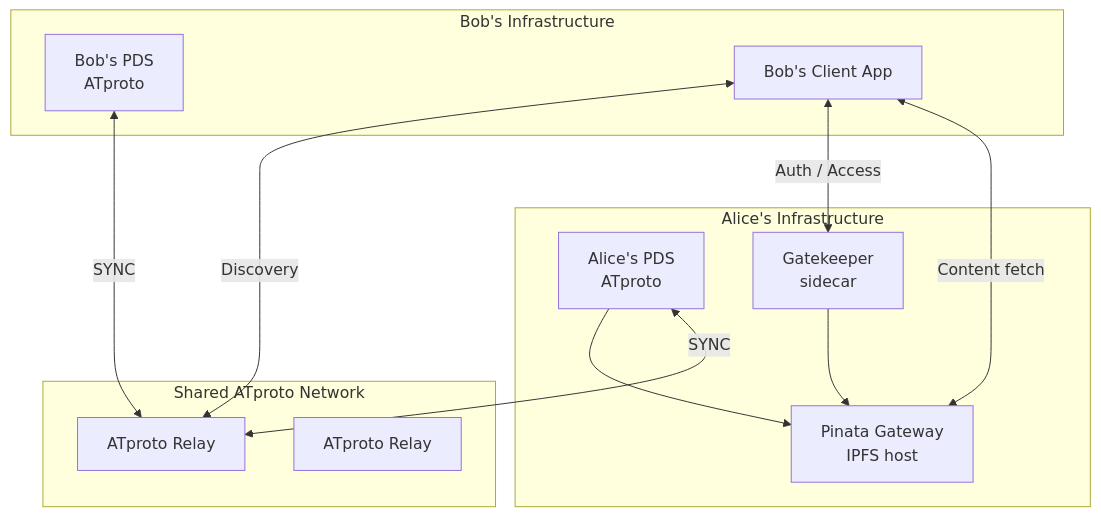
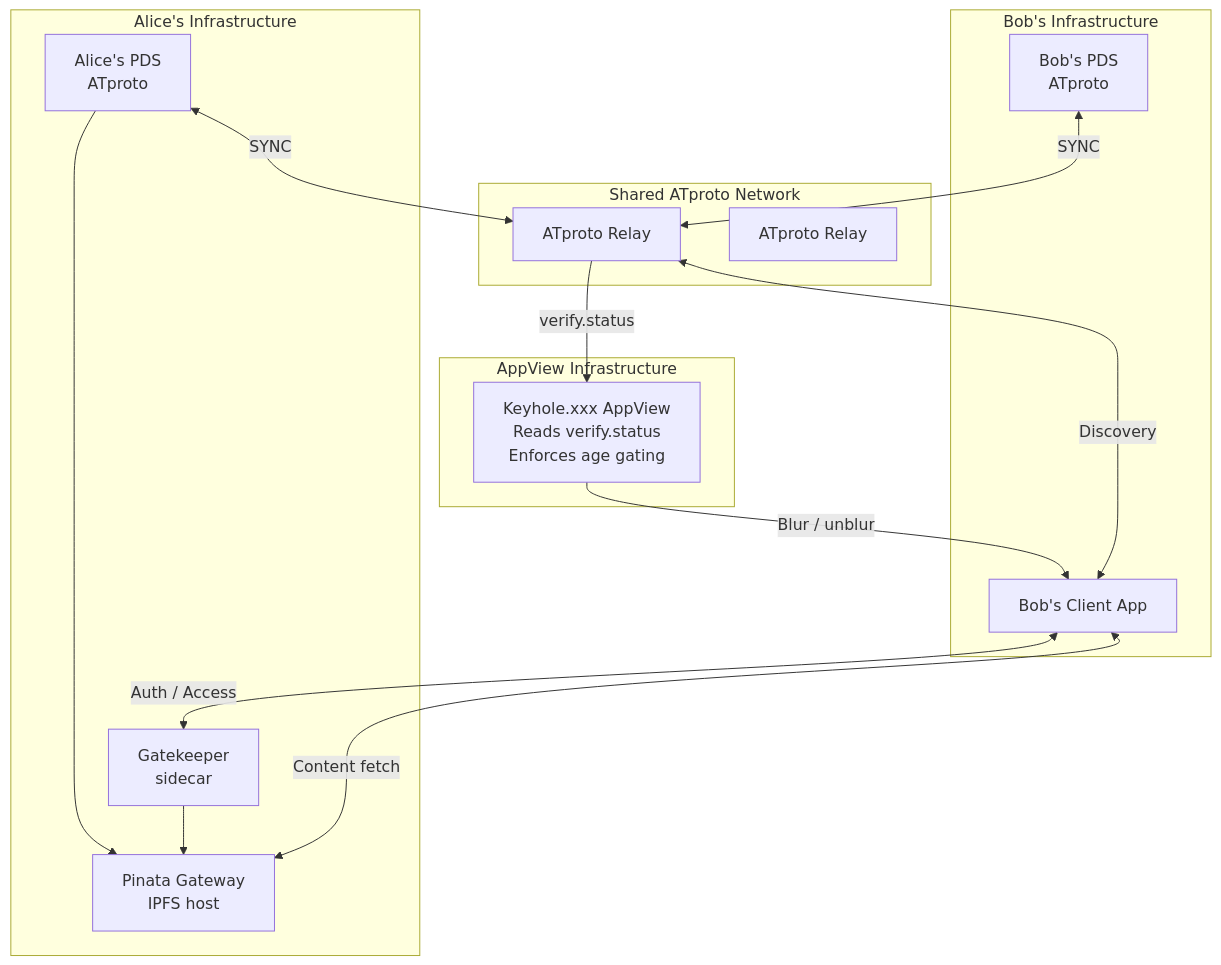
Before and after one commit to straiforos/Traiforce-Lexicon: the third of 3 diagrams in docs/architecture/05-system-overview.md, drawn with Mermaid. The commit also changed other lines of this file and 3 other files, not shown here.

Commit message:
Capture verify lexicons in architecture docs and flows

````diff
--- a/docs/architecture/05-system-overview.md
+++ b/docs/architecture/05-system-overview.md
@@ -61,26 +68,32 @@
 ```mermaid
 graph TB
     subgraph Alice["Alice's Infrastructure"]
         APDS["Alice's PDS<br/>ATproto"]
         AGK["Gatekeeper<br/>sidecar"]
         APinata["Pinata Gateway<br/>IPFS host"]
         APDS --> APinata
         AGK --> APinata
     end
 
     subgraph ATProto["Shared ATproto Network"]
         R1["ATproto Relay"]
         R2["ATproto Relay"]
     end
 
+    subgraph AppViewInfra["AppView Infrastructure"]
+        AV["Keyhole.xxx AppView<br/>Reads verify.status<br/>Enforces age gating"]
+    end
+
     subgraph Bob["Bob's Infrastructure"]
         BPDS["Bob's PDS<br/>ATproto"]
         BClient["Bob's Client App"]
     end
 
     APDS <-->|"SYNC"| R1
     BPDS <-->|"SYNC"| R1
     BClient <-->|"Discovery"| R1
+    R1 -->|"verify.status"| AV
+    AV -->|"Blur / unblur"| BClient
     BClient <-->|"Auth / Access"| AGK
     BClient <-->|"Content fetch"| APinata
 ```
````
